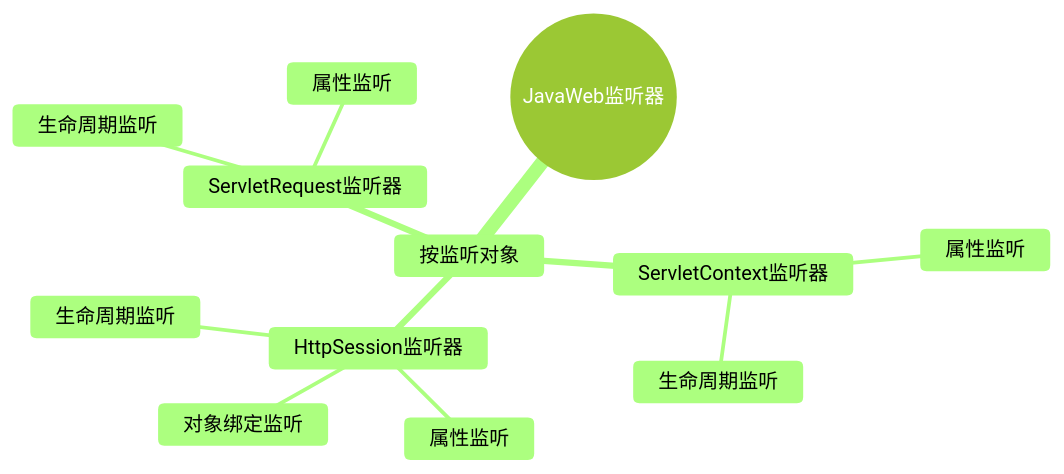
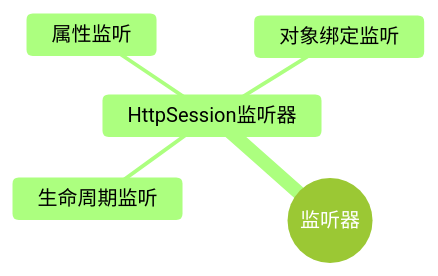
The second of 3 diagrams in docs/JavaWeb/会话_过滤器_监听器.md (XingJi-love/XingJi-blog-plume), drawn with Mermaid (forest theme) before and after one commit. The commit also changed other lines of this file and 3 other files, not shown here.

````diff
--- a/docs/JavaWeb/会话_过滤器_监听器.md
+++ b/docs/JavaWeb/会话_过滤器_监听器.md
@@ -1406,15 +1411,8 @@
 ```mermaid
 mindmap
-  root((JavaWeb监听器))
-    按监听对象
-      ServletContext监听器
-        生命周期监听
-        属性监听
+  root((监听器))
       HttpSession监听器
         生命周期监听
         属性监听
         对象绑定监听
-      ServletRequest监听器
-        生命周期监听
-        属性监听
 ```
````
